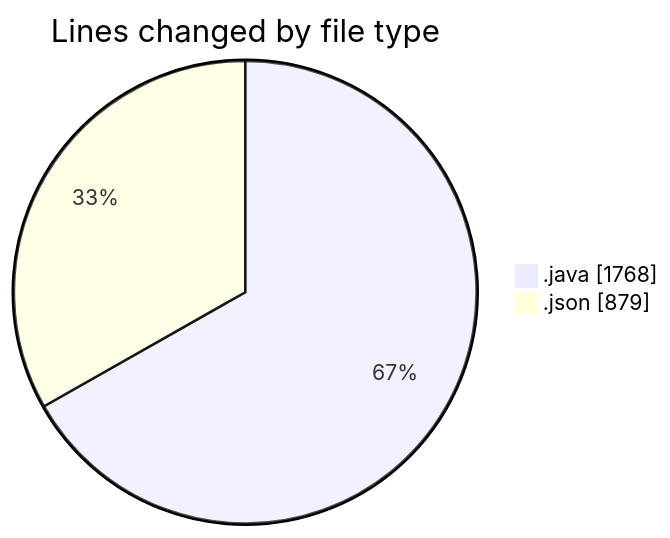
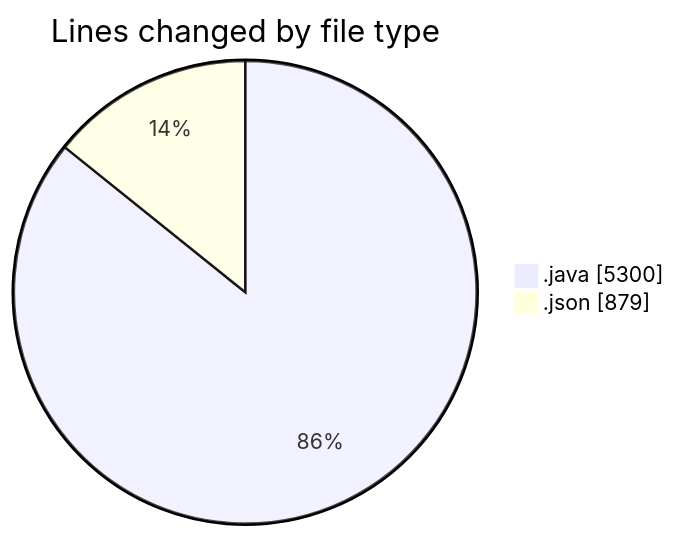
One commit to ricardozamudiocil/code-tracking changed the first of 2 diagrams in 2026-03-18/cilapp/README.md. Above: the diagram before and after it, drawn with Mermaid. The commit also changed other lines of this file and 1 other file, not shown here.

````diff
--- a/2026-03-18/cilapp/README.md
+++ b/2026-03-18/cilapp/README.md
@@ -22,6 +23,6 @@
 ```mermaid
 pie showData
 title Lines changed by file type
-".java" : 1768
+".java" : 5300
 ".json" : 879
 ```
````
